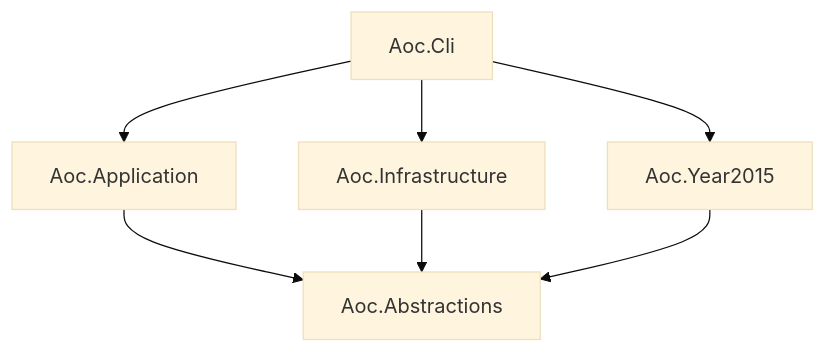
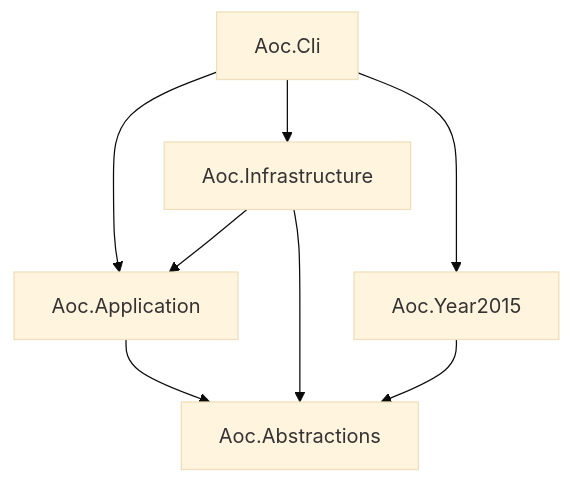
Before and after one commit to lkdrm/Advent_of_Code_Lab: the diagram in README.md, drawn with Mermaid (base theme). The commit also changed 12 other files, not shown here.

````diff
--- a/README.md
+++ b/README.md
@@ -132,10 +132,11 @@
 ```mermaid
 flowchart TD
     CLI["Aoc.Cli"] --> APP["Aoc.Application"]
     CLI --> INFRA["Aoc.Infrastructure"]
     CLI --> YEAR["Aoc.Year2015"]
 
+    INFRA --> APP
     APP --> ABS["Aoc.Abstractions"]
     INFRA --> ABS
     YEAR --> ABS
 ```
````
